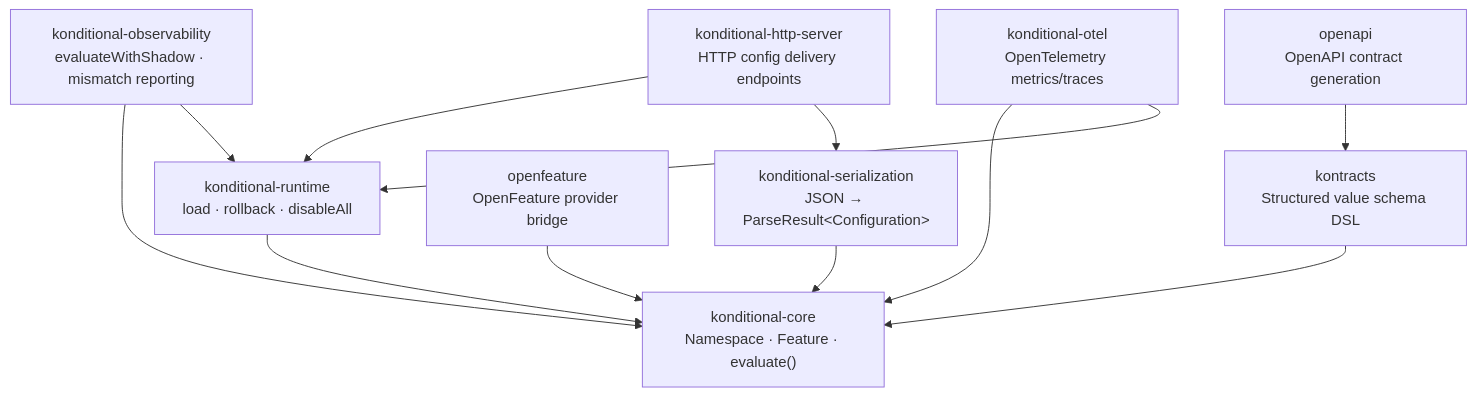
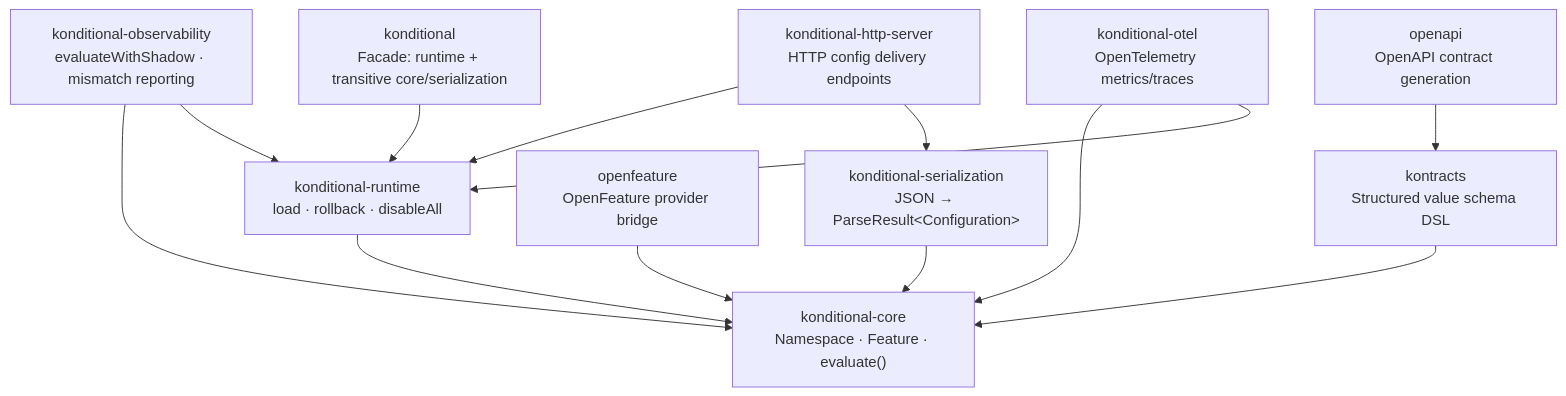
Before and after one commit to amichne/konditional: the diagram in docusaurus/docs/reference/module-dependency-map.md, drawn with Mermaid. The commit also changed other lines of this file and 4 other files, not shown here.

````diff
--- a/docusaurus/docs/reference/module-dependency-map.md
+++ b/docusaurus/docs/reference/module-dependency-map.md
@@ -14,24 +14,26 @@
 ```mermaid
 graph TD
+    FACADE["konditional<br>Facade: runtime + transitive core/serialization"]
     CORE["konditional-core<br>Namespace · Feature · evaluate()"]
     RUNTIME["konditional-runtime<br>load · rollback · disableAll"]
     SERIAL["konditional-serialization<br>JSON → ParseResult&lt;Configuration&gt;"]
     OBS["konditional-observability<br>evaluateWithShadow · mismatch reporting"]
     OTEL["konditional-otel<br>OpenTelemetry metrics/traces"]
     HTTP["konditional-http-server<br>HTTP config delivery endpoints"]
     OF["openfeature<br>OpenFeature provider bridge"]
     KONTRACTS["kontracts<br>Structured value schema DSL"]
     OPENAPI["openapi<br>OpenAPI contract generation"]
 
     RUNTIME --> CORE
     SERIAL --> CORE
     OBS --> CORE
     OBS --> RUNTIME
     OTEL --> CORE
     OTEL --> RUNTIME
     HTTP --> RUNTIME
     HTTP --> SERIAL
     OF --> CORE
     KONTRACTS --> CORE
     OPENAPI --> KONTRACTS
+    FACADE --> RUNTIME
 ```
````
